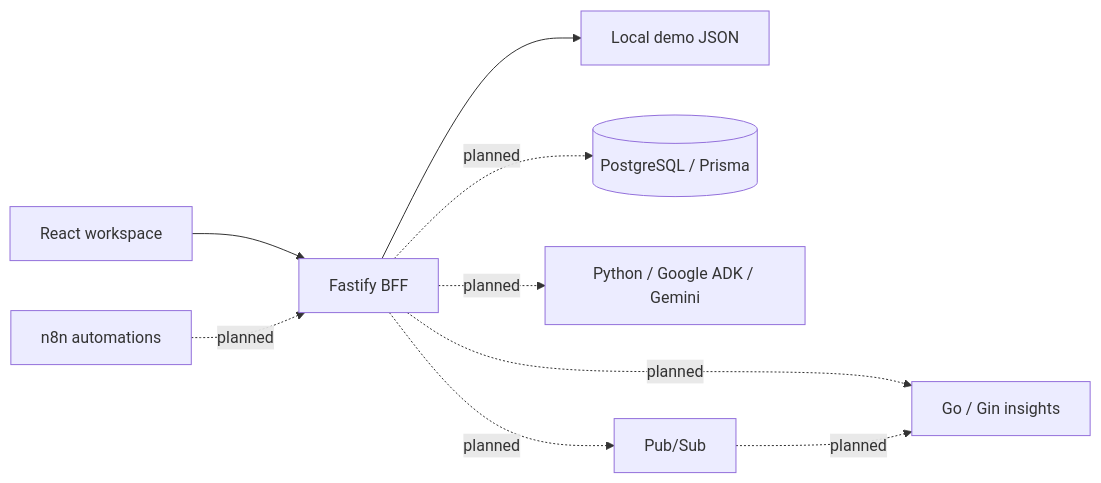
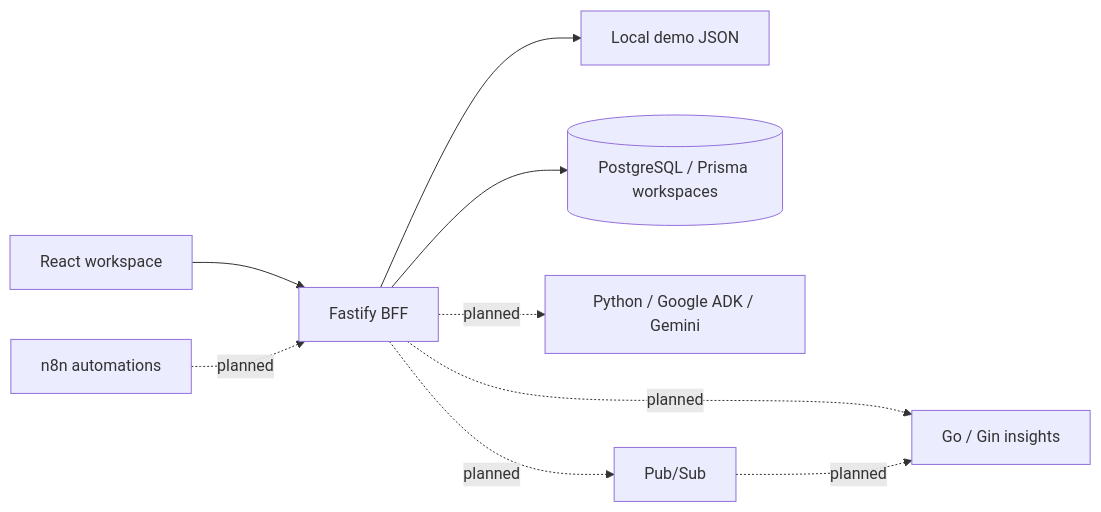
Before and after one commit to Dilanka-Bandara/SprintPilot-an-AI-powered-Agile-project-manager: the diagram in README.md, drawn with Mermaid. The commit also changed other lines of this file and 41 other files, not shown here.

Commit message:
feat: add Firebase sign-in and PostgreSQL workspaces

````diff
--- a/README.md
+++ b/README.md
@@ -86,11 +89,11 @@
 ```mermaid
 flowchart LR
   Browser[React workspace] --> API[Fastify BFF]
   API --> Demo[Local demo JSON]
-  API -. planned .-> DB[(PostgreSQL / Prisma)]
+  API --> DB[(PostgreSQL / Prisma workspaces)]
   API -. planned .-> Go[Go / Gin insights]
   API -. planned .-> ADK[Python / Google ADK / Gemini]
   API -. planned .-> Events[Pub/Sub]
   Events -. planned .-> Go
   N8N[n8n automations] -. planned .-> API
 ```
````
